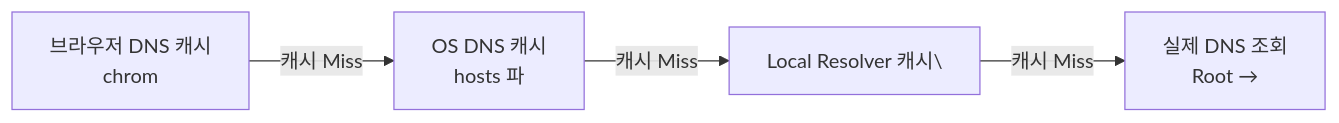
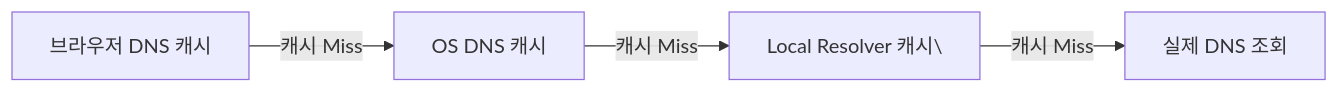
One commit to yjkim2015/yjkim2015.github.io changed the third of 4 diagrams in _posts/network/2026-05-01-dns.md. Above: the diagram before and after it, drawn with Mermaid. The commit also changed 217 other files, not shown here.

First line of the commit message:
Mermaid 크기 수정: useMaxWidth:true + SVG max-width:100% + 라벨 축소

````diff
--- a/_posts/network/2026-05-01-dns.md
+++ b/_posts/network/2026-05-01-dns.md
@@ -155,8 +155,8 @@
 ```mermaid
 graph LR
-    BR["브라우저 DNS 캐시\nchrom"]
-    OS["OS DNS 캐시\nhosts 파"]
+    BR["브라우저 DNS 캐시"]
+    OS["OS DNS 캐시"]
     LR["Local Resolver 캐시\"]
-    DNS["실제 DNS 조회\nRoot →"]
+    DNS["실제 DNS 조회"]
     BR -->|"캐시 Miss"| OS -->|"캐시 Miss"| LR -->|"캐시 Miss"| DNS
 ```
````
